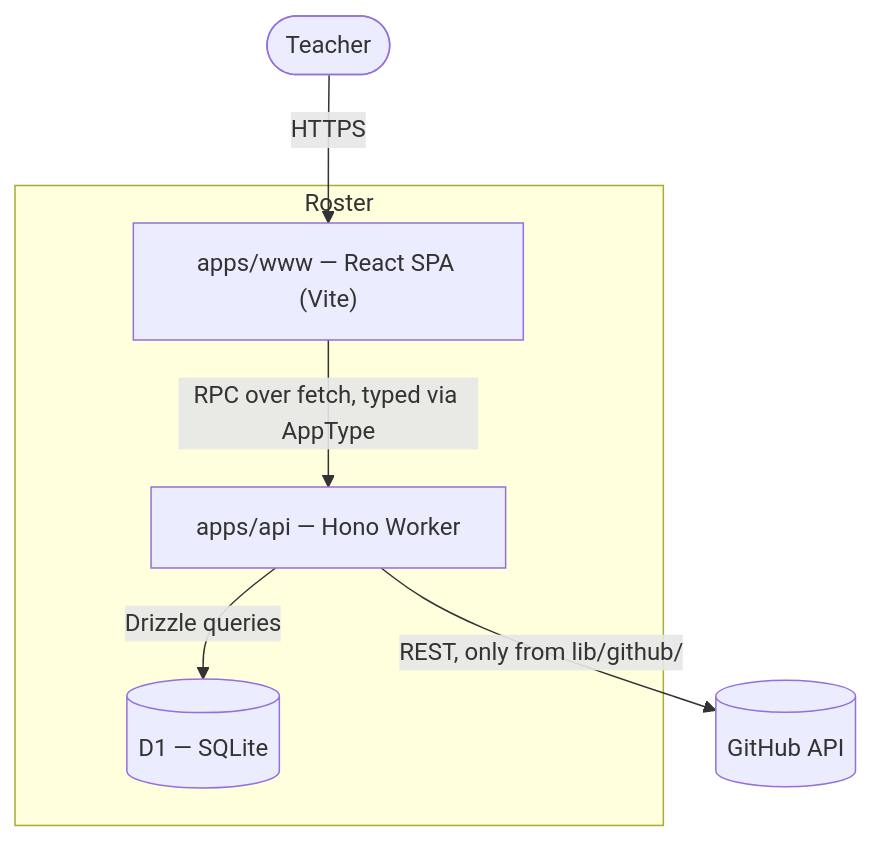
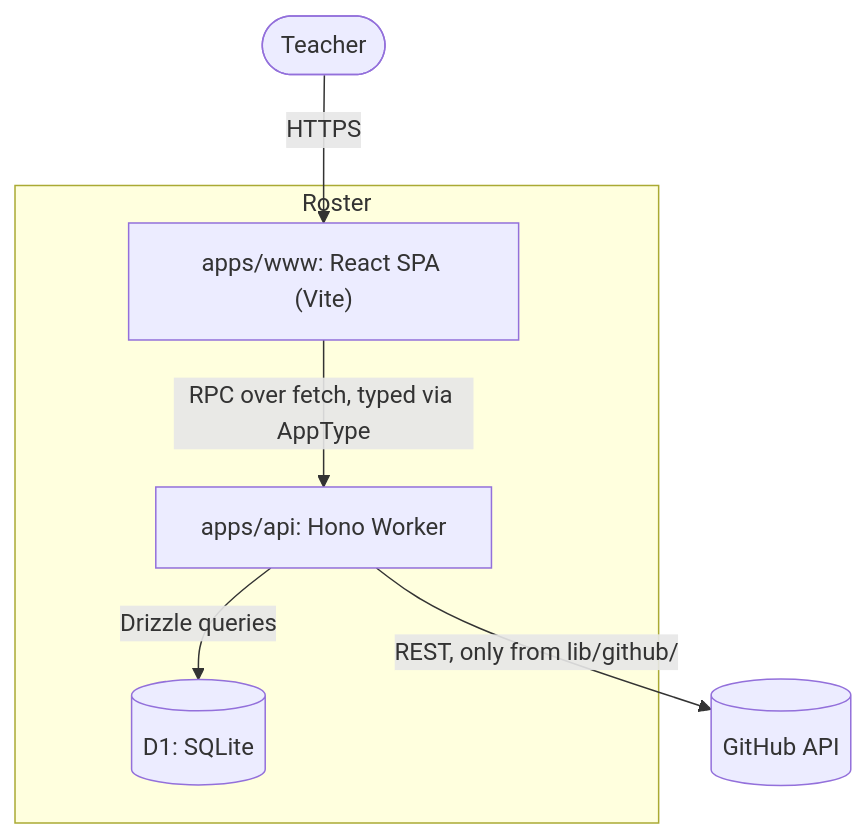
The second of 12 diagrams in general/write-diagrams/diagrams.md (Ovich/charrette), drawn with Mermaid before and after one commit. The commit also changed other lines of this file and 15 other files, not shown here.

````diff
--- a/general/write-diagrams/diagrams.md
+++ b/general/write-diagrams/diagrams.md
@@ -60,15 +60,15 @@
 ```mermaid
 flowchart TB
     teacher([Teacher])
     subgraph roster["Roster"]
-        spa["apps/www — React SPA (Vite)"]
-        api["apps/api — Hono Worker"]
-        d1[("D1 — SQLite")]
+        spa["apps/www: React SPA (Vite)"]
+        api["apps/api: Hono Worker"]
+        d1[("D1: SQLite")]
     end
     gh[("GitHub API")]
 
     teacher -->|HTTPS| spa
     spa -->|"RPC over fetch, typed via AppType"| api
     api -->|"Drizzle queries"| d1
     api -->|"REST, only from lib/github/"| gh
 ```
````
